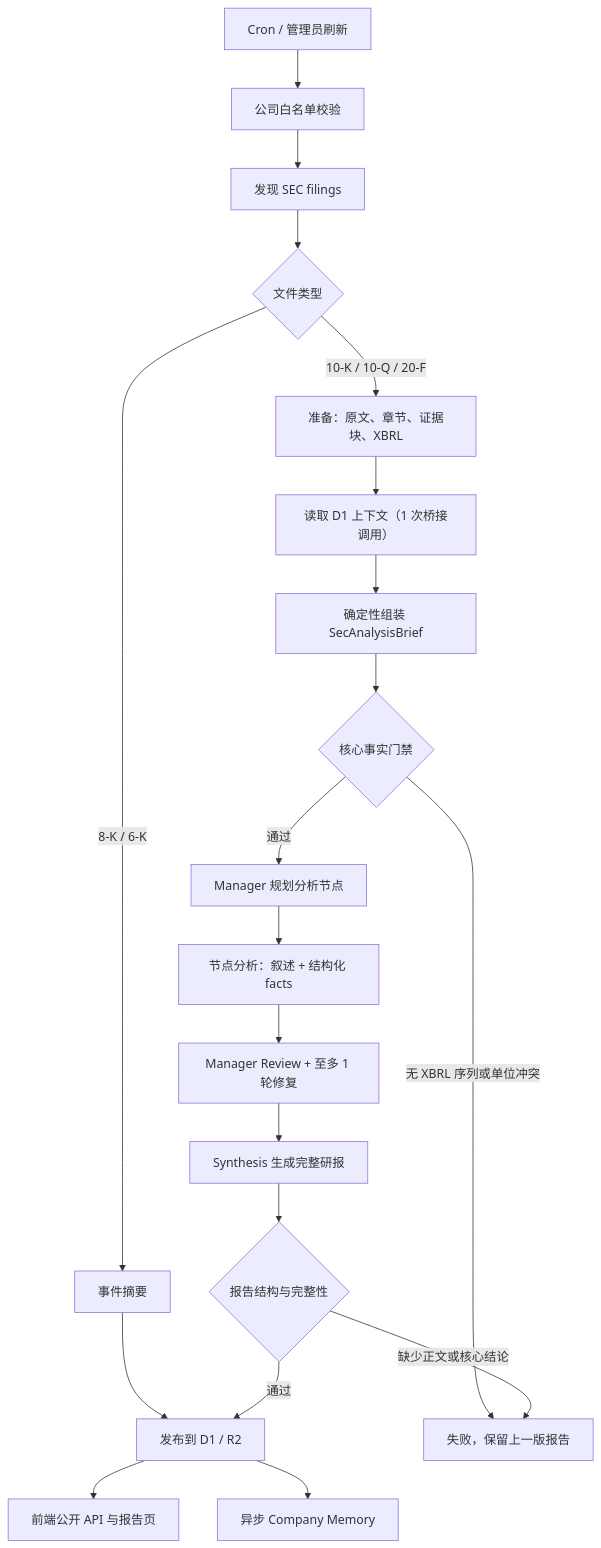
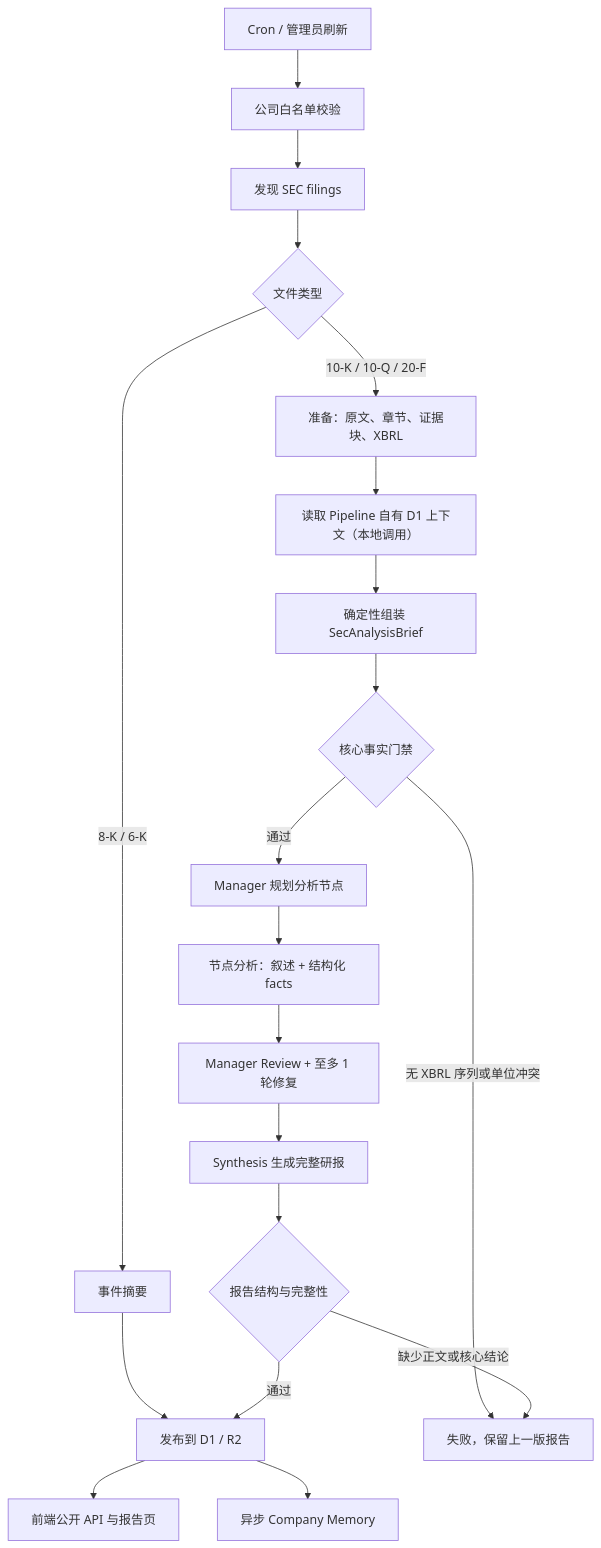
One commit to Paikchu/earning-report-analysis changed the diagram in docs/sec-workflow-architecture.md. Above: the diagram before and after it, drawn with Mermaid. The commit also changed other lines of this file and 257 other files, not shown here.

````diff
--- a/docs/sec-workflow-architecture.md
+++ b/docs/sec-workflow-architecture.md
@@ -3,24 +5,24 @@
 ```mermaid
 flowchart TD
     A["Cron / 管理员刷新"] --> B["公司白名单校验"]
     B --> C["发现 SEC filings"]
     C --> D{"文件类型"}
 
     D -->|"8-K / 6-K"| E["事件摘要"]
     E --> P["发布到 D1 / R2"]
 
     D -->|"10-K / 10-Q / 20-F"| F["准备：原文、章节、证据块、XBRL"]
-    F --> G["读取 D1 上下文（1 次桥接调用）"]
+    F --> G["读取 Pipeline 自有 D1 上下文（本地调用）"]
     G --> H["确定性组装 SecAnalysisBrief"]
     H --> I{"核心事实门禁"}
     I -->|"无 XBRL 序列或单位冲突"| X["失败，保留上一版报告"]
     I -->|"通过"| J["Manager 规划分析节点"]
     J --> K["节点分析：叙述 + 结构化 facts"]
     K --> L["Manager Review + 至多 1 轮修复"]
     L --> M["Synthesis 生成完整研报"]
     M --> N{"报告结构与完整性"}
     N -->|"缺少正文或核心结论"| X
     N -->|"通过"| P
     P --> Q["前端公开 API 与报告页"]
     P --> R["异步 Company Memory"]
 ```
````
